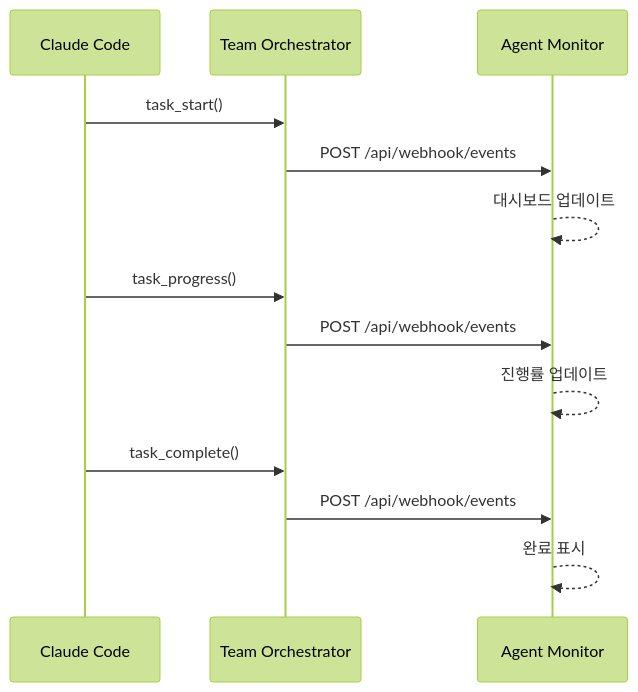
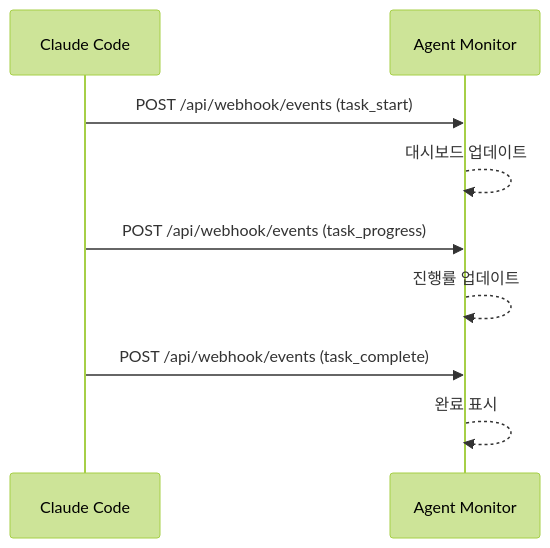
The diagram in docs/08-related-projects.md (tomtomjskim/claude-code-guide), drawn with Mermaid (forest theme) before and after one commit. The commit also changed other lines of this file and 5 other files, not shown here.

First line of the commit message:
Team Orchestrator MCP 제거 + Skill Creator 추가 + Superpowers 최적화 반영

````diff
--- a/docs/08-related-projects.md
+++ b/docs/08-related-projects.md
@@ -204,18 +152,14 @@
 ```mermaid
 sequenceDiagram
     participant Claude as Claude Code
-    participant MCP as Team Orchestrator
     participant Monitor as Agent Monitor
 
-    Claude->>MCP: task_start()
-    MCP->>Monitor: POST /api/webhook/events
+    Claude->>Monitor: POST /api/webhook/events (task_start)
     Monitor-->>Monitor: 대시보드 업데이트
 
-    Claude->>MCP: task_progress()
-    MCP->>Monitor: POST /api/webhook/events
+    Claude->>Monitor: POST /api/webhook/events (task_progress)
     Monitor-->>Monitor: 진행률 업데이트
 
-    Claude->>MCP: task_complete()
-    MCP->>Monitor: POST /api/webhook/events
+    Claude->>Monitor: POST /api/webhook/events (task_complete)
     Monitor-->>Monitor: 완료 표시
 ```
````
